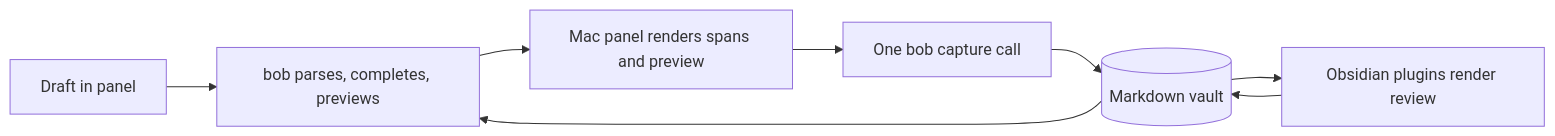
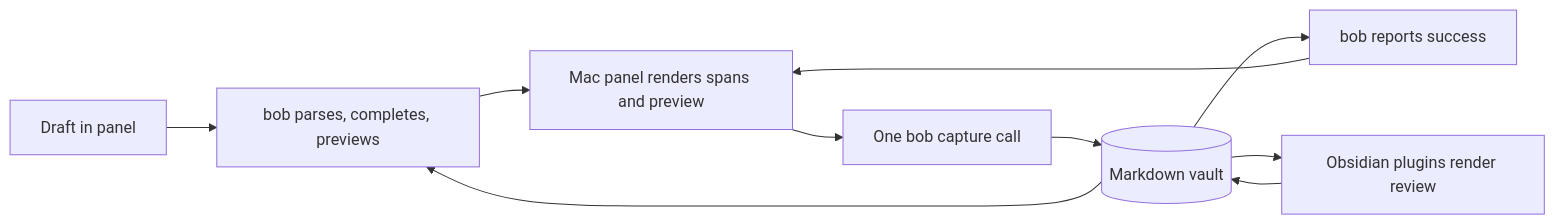
Before and after one commit to bobs-org/bob-cli: the diagram in docs/concepts/how-bob-fits-together.md, drawn with Mermaid. The commit also changed other lines of this file and 11 other files, not shown here.

````diff
--- a/docs/concepts/how-bob-fits-together.md
+++ b/docs/concepts/how-bob-fits-together.md
@@ -16,10 +16,12 @@
 ```mermaid
 flowchart LR
   draft[Draft in panel] --> bob[bob parses, completes, previews]
   bob --> ui[Mac panel renders spans and preview]
   ui --> submit[One bob capture call]
   submit --> vault[(Markdown vault)]
+  vault --> resp[bob reports success]
+  resp --> ui
   vault --> obsidian[Obsidian plugins render review]
   obsidian --> vault
   vault --> bob
 ```
````
